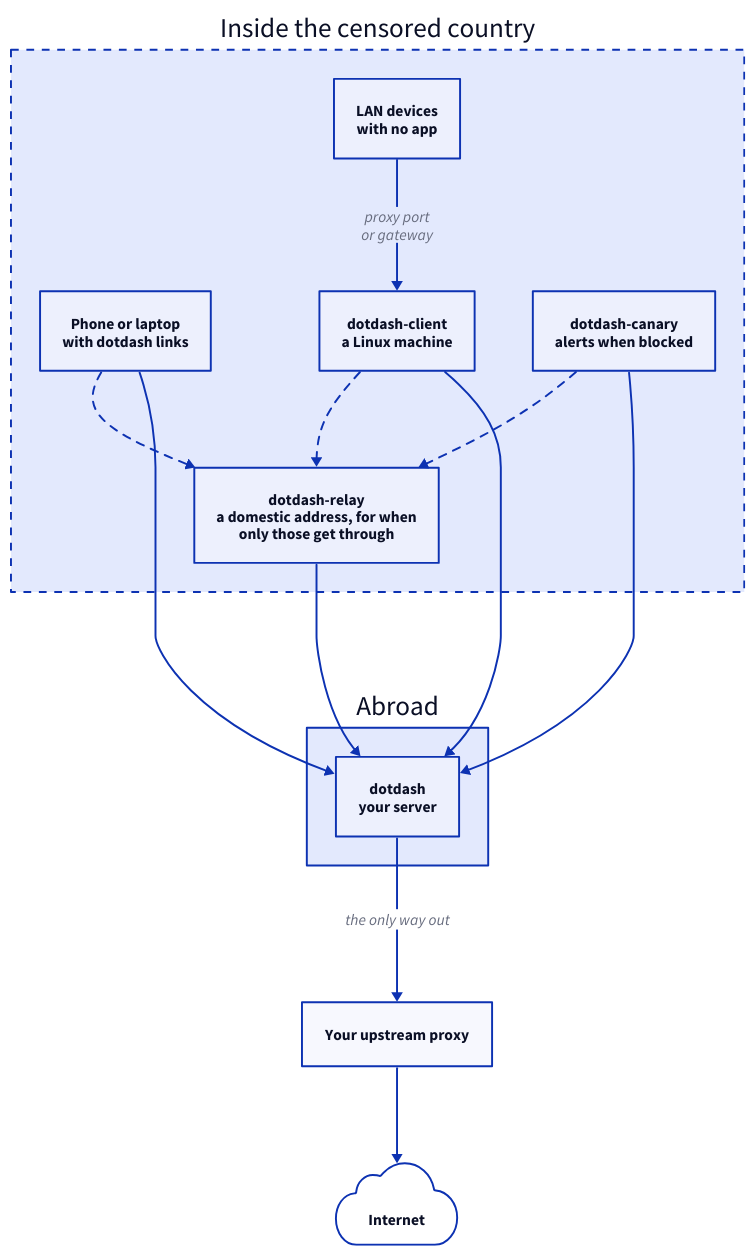
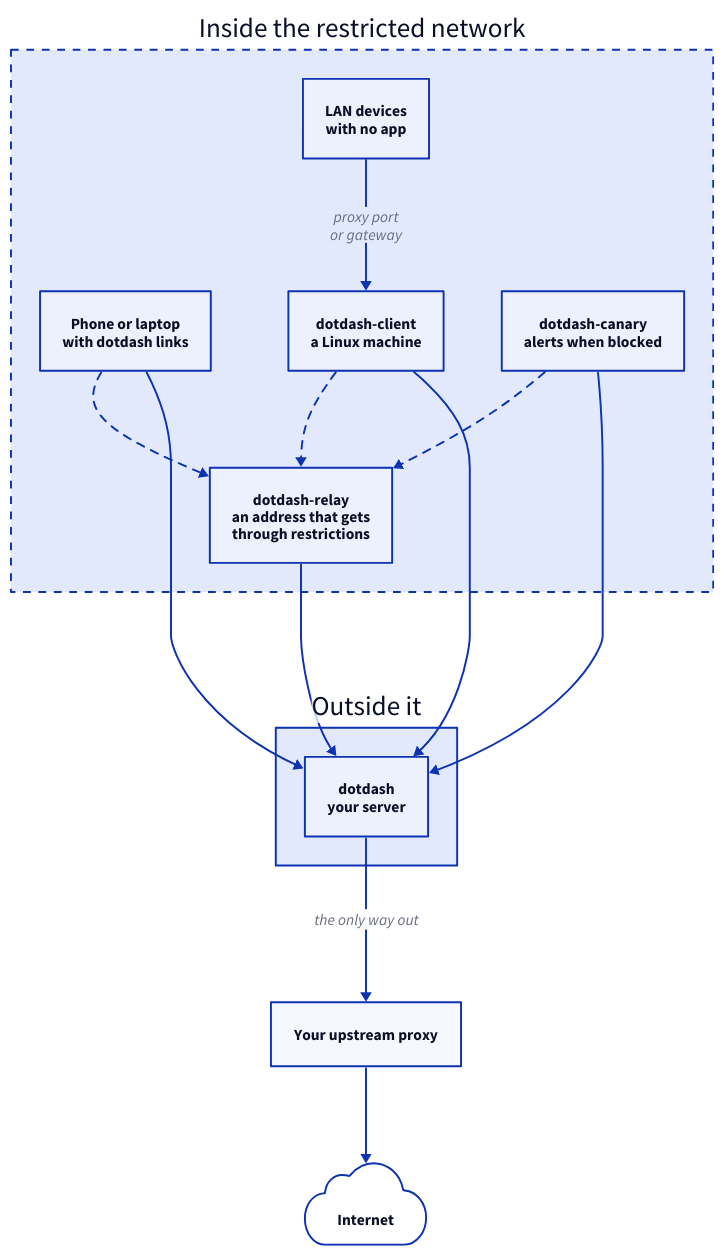
Before and after one commit to morzecrew/dotdash: the diagram in pages/diagrams/overview.d2, drawn with D2. The commit also changed 36 other files, not shown here.

```diff
--- a/pages/diagrams/overview.d2
+++ b/pages/diagrams/overview.d2
@@ -1,36 +1,36 @@
 # The four bundles and where each runs. Every client side reaches the server
-# directly, or through a relay while only domestic addresses get through
+# directly, or through a relay while only some addresses get through
 # (dashed). Rendered by render.sh.
 direction: down
 
-inside: Inside the censored country {
+inside: Inside the restricted network {
   style.stroke-dash: 4
 
   phone: Phone or laptop\nwith dotdash links
   devices: LAN devices\nwith no app
   client: dotdash-client\na Linux machine
   canary: dotdash-canary\nalerts when blocked
   devices -> client: proxy port\nor gateway
 
   relay: dotdash-relay {
-    label: "dotdash-relay\na domestic address, for when\nonly those get through"
+    label: "dotdash-relay\nan address that gets\nthrough restrictions"
   }
 
   phone -> relay {style.stroke-dash: 4}
   client -> relay {style.stroke-dash: 4}
   canary -> relay {style.stroke-dash: 4}
 }
 
-abroad: Abroad {
+outside: Outside it {
   server: dotdash\nyour server
 }
 
 upstream: Your upstream proxy
 internet: Internet {shape: cloud}
 
-inside.phone -> abroad.server
-inside.client -> abroad.server
-inside.canary -> abroad.server
-inside.relay -> abroad.server
-abroad.server -> upstream: the only way out
+inside.phone -> outside.server
+inside.client -> outside.server
+inside.canary -> outside.server
+inside.relay -> outside.server
+outside.server -> upstream: the only way out
 upstream -> internet
```
